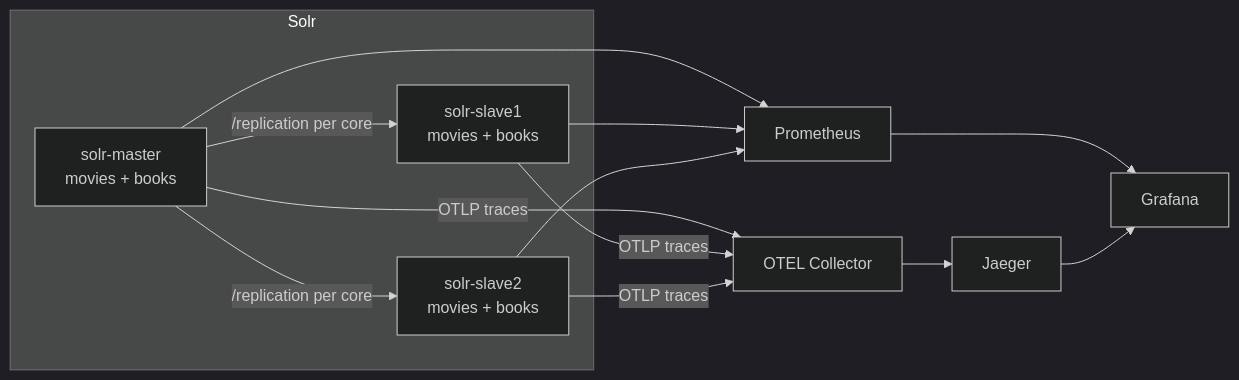
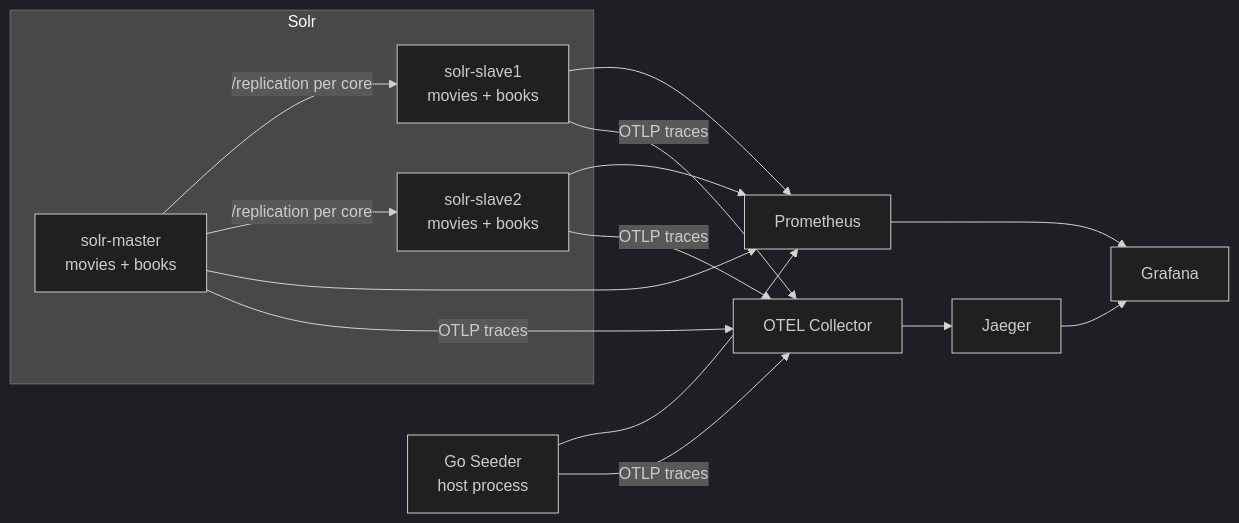
The diagram in README.md (DiLRandI/solr-with-monitoring), drawn with Mermaid (dark theme) before and after one commit. The commit also changed other lines of this file and 16 other files, not shown here.

````diff
--- a/README.md
+++ b/README.md
@@ -21,22 +21,26 @@
 ```mermaid
 flowchart LR
   subgraph Solr
     M[solr-master<br/>movies + books]
     S1[solr-slave1<br/>movies + books]
     S2[solr-slave2<br/>movies + books]
   end
 
+  A[Go Seeder<br/>host process]
+
   M -- "/replication per core" --> S1
   M -- "/replication per core" --> S2
 
   P[Prometheus] --> G[Grafana]
+  A --> P
   M --> P
   S1 --> P
   S2 --> P
 
+  A -- OTLP traces --> O[OTEL Collector]
   M -- OTLP traces --> O[OTEL Collector]
   S1 -- OTLP traces --> O
   S2 -- OTLP traces --> O
   O --> J[Jaeger]
   J --> G
 ```
````
